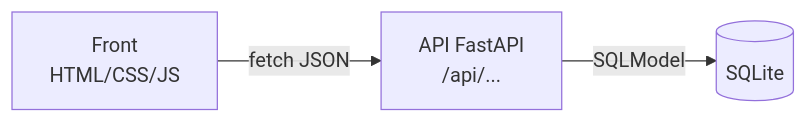
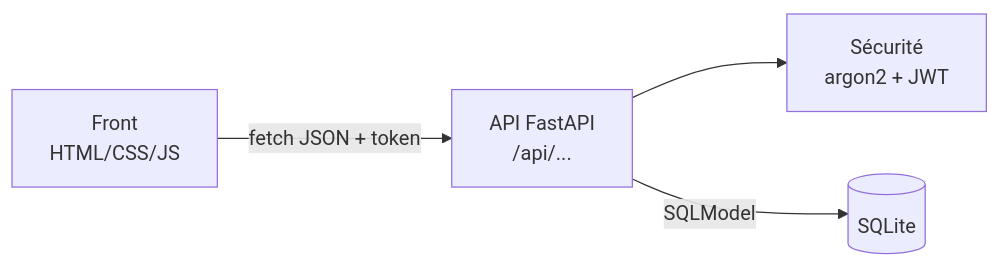
One commit to Nour-Bouslimi/4a-isi-projet-back changed the diagram in README.md. Above: the diagram before and after it, drawn with Mermaid. The commit also changed other lines of this file and 2 other files, not shown here.

Commit message:
implémentation de  sécurité (argon2, génération mot de passe, JWT)

````diff
--- a/README.md
+++ b/README.md
@@ -86,5 +86,6 @@
 ```mermaid
 flowchart LR
-  F["Front<br/>HTML/CSS/JS"] -- "fetch JSON" --> A["API FastAPI<br/>/api/..."]
+  F["Front<br/>HTML/CSS/JS"] -- "fetch JSON + token" --> A["API FastAPI<br/>/api/..."]
+  A --> S["Sécurité<br/>argon2 + JWT"]
   A -- "SQLModel" --> DB[("SQLite")]
 ```
````
